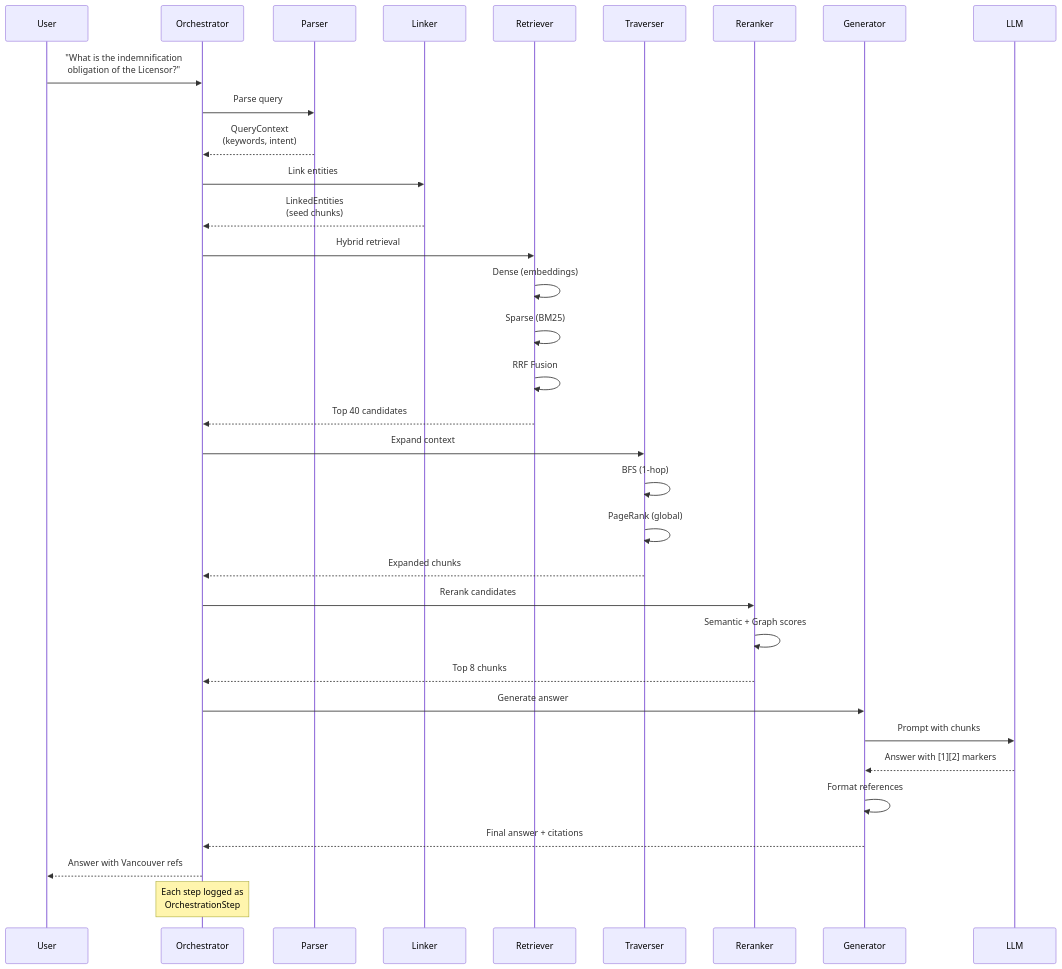
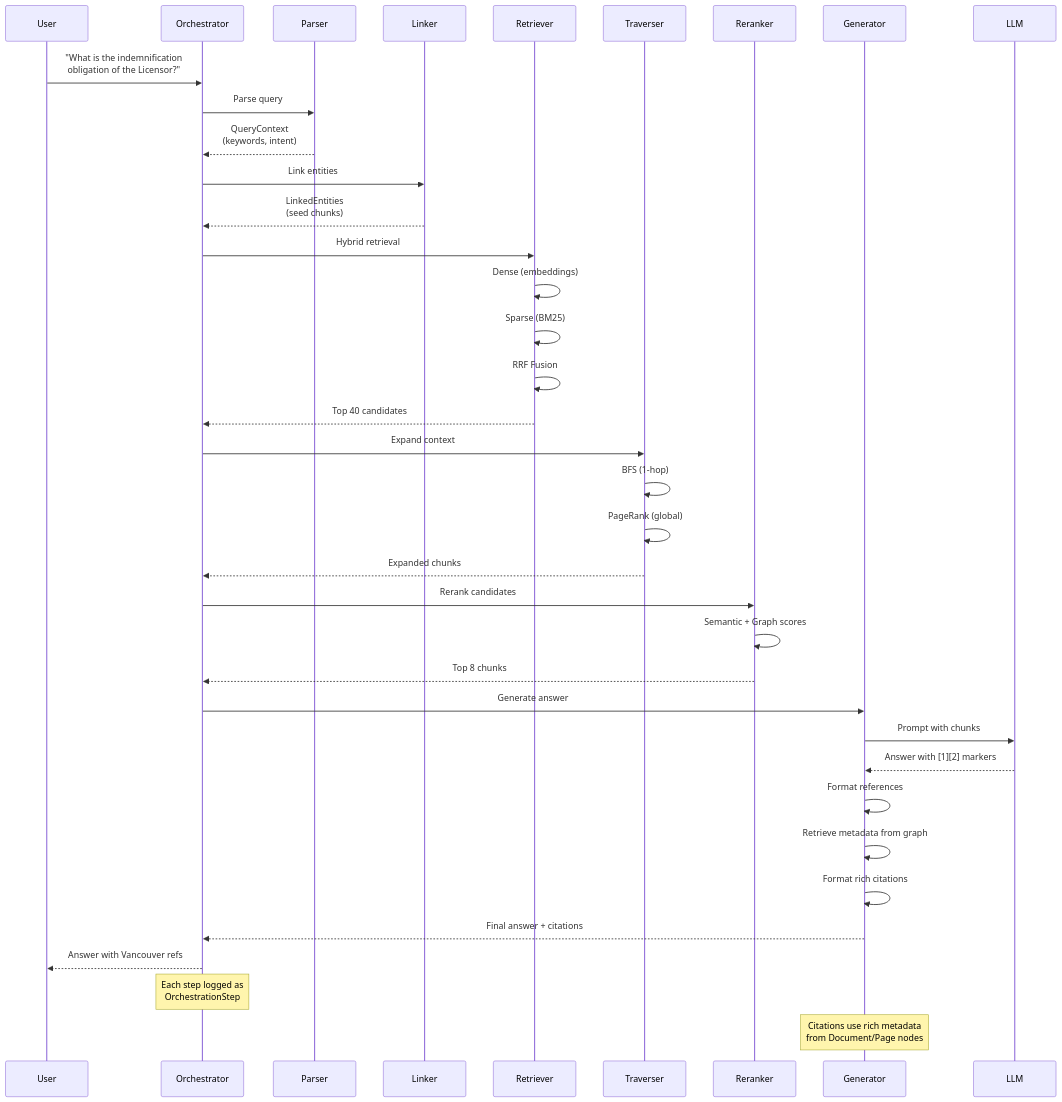
Before and after one commit to bogdan-veliscu/graph-rag-blueprint: the third of 6 diagrams in docs/ARCHITECTURE.md, drawn with Mermaid. The commit also changed other lines of this file and 7 other files, not shown here.

First line of the commit message:
Update documentation with citation examples and metadata flow

````diff
--- a/docs/ARCHITECTURE.md
+++ b/docs/ARCHITECTURE.md
@@ -172,45 +172,48 @@
 ```mermaid
 sequenceDiagram
     participant User
     participant Orchestrator
     participant Parser
     participant Linker
     participant Retriever
     participant Traverser
     participant Reranker
     participant Generator
     participant LLM
 
     User->>Orchestrator: "What is the indemnification<br/>obligation of the Licensor?"
 
     Orchestrator->>Parser: Parse query
     Parser-->>Orchestrator: QueryContext<br/>(keywords, intent)
 
     Orchestrator->>Linker: Link entities
     Linker-->>Orchestrator: LinkedEntities<br/>(seed chunks)
 
     Orchestrator->>Retriever: Hybrid retrieval
     Retriever->>Retriever: Dense (embeddings)
     Retriever->>Retriever: Sparse (BM25)
     Retriever->>Retriever: RRF Fusion
     Retriever-->>Orchestrator: Top 40 candidates
 
     Orchestrator->>Traverser: Expand context
     Traverser->>Traverser: BFS (1-hop)
     Traverser->>Traverser: PageRank (global)
     Traverser-->>Orchestrator: Expanded chunks
 
     Orchestrator->>Reranker: Rerank candidates
     Reranker->>Reranker: Semantic + Graph scores
     Reranker-->>Orchestrator: Top 8 chunks
 
     Orchestrator->>Generator: Generate answer
     Generator->>LLM: Prompt with chunks
     LLM-->>Generator: Answer with [1][2] markers
     Generator->>Generator: Format references
+    Generator->>Generator: Retrieve metadata from graph
+    Generator->>Generator: Format rich citations
     Generator-->>Orchestrator: Final answer + citations
 
     Orchestrator-->>User: Answer with Vancouver refs
 
     Note over Orchestrator: Each step logged as<br/>OrchestrationStep
+    Note over Generator: Citations use rich metadata<br/>from Document/Page nodes
 ```
````
